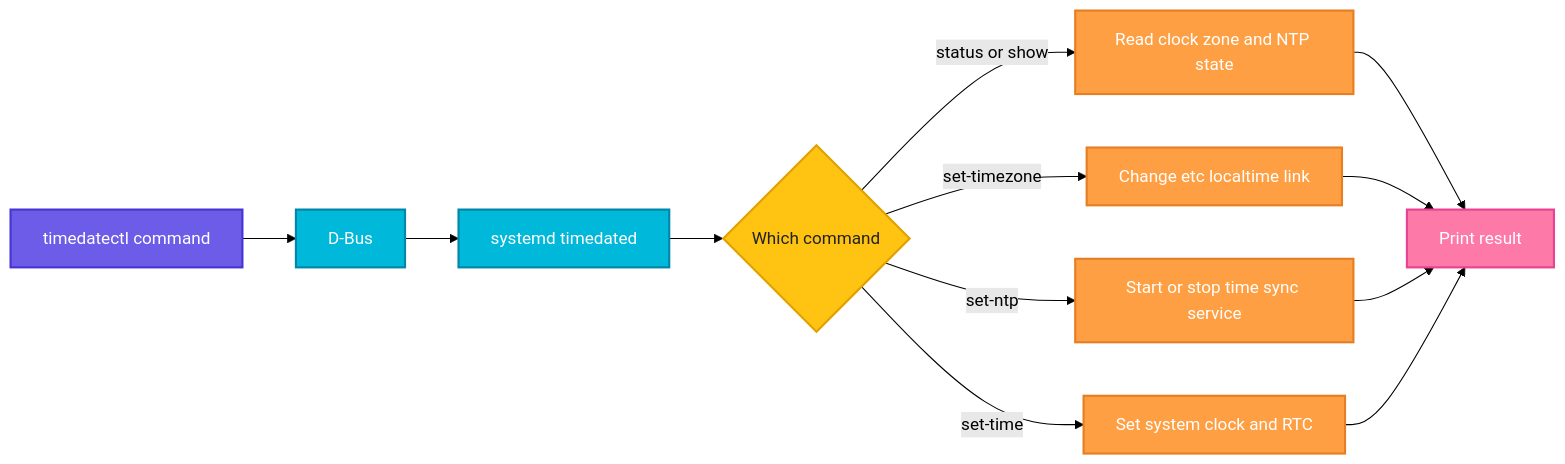
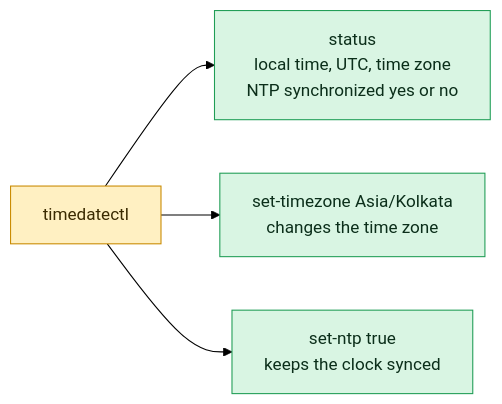
Before and after one commit to codeKerdosTech/DevOps-Documentation: the diagram in linux/system-info/timedatectl.md, drawn with Mermaid (forest theme). The commit also changed other lines of this file and 165 other files, not shown here.

Commit message:
updated diagrams in linux

````diff
--- a/linux/system-info/timedatectl.md
+++ b/linux/system-info/timedatectl.md
@@ -28,26 +28,13 @@
 ```mermaid
 flowchart LR
-    A[timedatectl command] --> B[D-Bus]
-    B --> C[systemd timedated]
-    C --> D{Which command}
-    D -->|status or show| E[Read clock zone and NTP state]
-    D -->|set-timezone| F[Change etc localtime link]
-    D -->|set-ntp| G[Start or stop time sync service]
-    D -->|set-time| H[Set system clock and RTC]
-    E --> I[Print result]
-    F --> I
-    G --> I
-    H --> I
-    classDef start fill:#6C5CE7,stroke:#4834D4,stroke-width:2px,color:#fff
-    classDef proc fill:#00B8D9,stroke:#0087A8,stroke-width:2px,color:#fff
-    classDef dec fill:#FFC312,stroke:#E1A100,stroke-width:2px,color:#222
-    classDef ok fill:#2ECC71,stroke:#1E8449,stroke-width:2px,color:#fff
-    classDef err fill:#FF4757,stroke:#C0392B,stroke-width:2px,color:#fff
-    classDef out fill:#FD79A8,stroke:#E84393,stroke-width:2px,color:#fff
-    classDef alt fill:#FF9F43,stroke:#E67E22,stroke-width:2px,color:#fff
-    class A start
-    class B,C proc
-    class D dec
-    class E,F,G,H alt
-    class I out
+    c1[timedatectl] --> o1[status<br/>local time, UTC, time zone<br/>NTP synchronized yes or no]
+    c1 --> o2[set-timezone Asia/Kolkata<br/>changes the time zone]
+    c1 --> o3[set-ntp true<br/>keeps the clock synced]
+    classDef inp fill:#DCEBFF,stroke:#2F6FDE,color:#10213F
+    classDef cmd fill:#FFF0C2,stroke:#C98A00,color:#3A2A00
+    classDef out fill:#D9F5E3,stroke:#1F9D55,color:#0B2E1A
+    classDef bad fill:#FDE0E0,stroke:#D13B3B,color:#4A0F0F
+    classDef note fill:#ECEFF3,stroke:#7B8794,color:#1F2933
+    class c1 cmd
+    class o1,o2,o3 out
 ```
````
